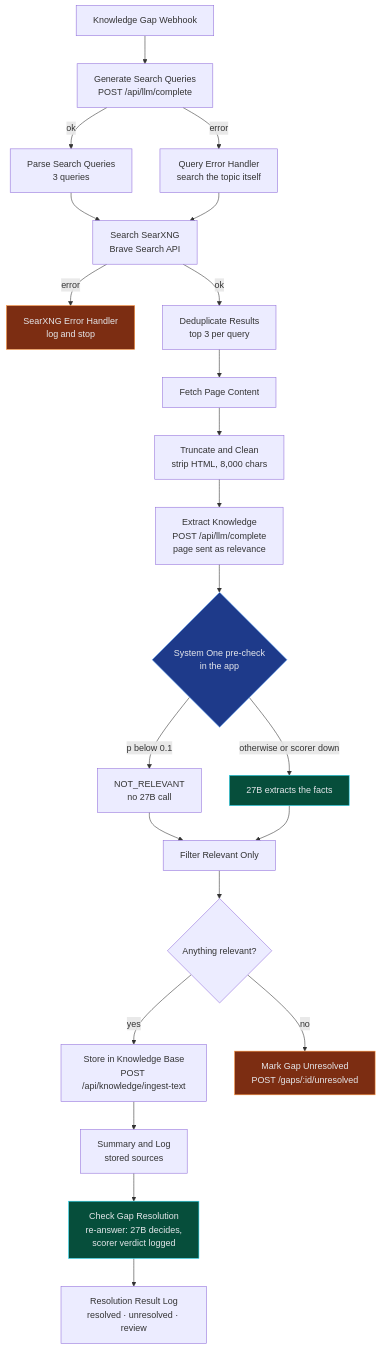
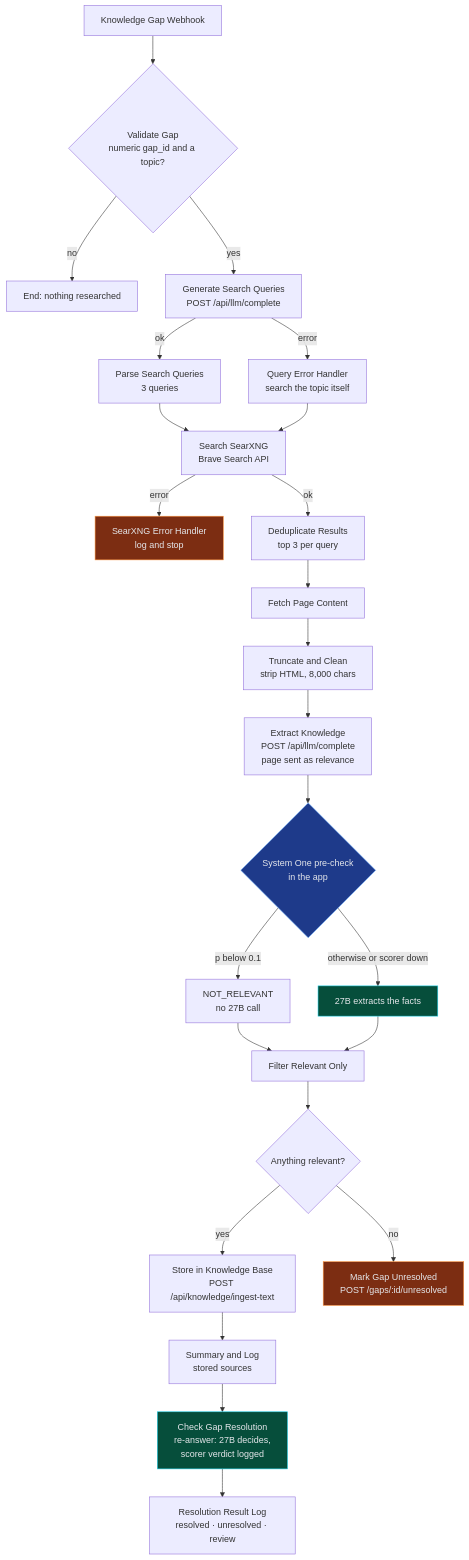
The second of 11 diagrams in README.md (sebdallais-git/PharmaIT_Chat_and_Digest), drawn with Mermaid before and after one commit. The commit also changed other lines of this file and 4 other files, not shown here.

````diff
--- a/README.md
+++ b/README.md
@@ -134,30 +134,32 @@
 ```mermaid
 flowchart TD
-    W["Knowledge Gap Webhook"] --> G["Generate Search Queries<br/>POST /api/llm/complete"]
+    W["Knowledge Gap Webhook"] --> V{"Validate Gap<br/>numeric gap_id and a topic?"}
+    V -- "no" --> VX["End: nothing researched"]
+    V -- "yes" --> G["Generate Search Queries<br/>POST /api/llm/complete"]
     G -- "ok" --> P["Parse Search Queries<br/>3 queries"]
     G -- "error" --> GE["Query Error Handler<br/>search the topic itself"]
     P --> S["Search SearXNG<br/>Brave Search API"]
     GE --> S
     S -- "error" --> SE["SearXNG Error Handler<br/>log and stop"]
     S -- "ok" --> DD["Deduplicate Results<br/>top 3 per query"]
     DD --> F["Fetch Page Content"]
     F --> T["Truncate and Clean<br/>strip HTML, 8,000 chars"]
     T --> X["Extract Knowledge<br/>POST /api/llm/complete<br/>page sent as relevance"]
     X --> PC{"System One pre-check<br/>in the app"}
     PC -- "p below 0.1" --> NR["NOT_RELEVANT<br/>no 27B call"]
     PC -- "otherwise or scorer down" --> EX["27B extracts the facts"]
     NR --> FR["Filter Relevant Only"]
     EX --> FR
     FR --> AR{"Anything relevant?"}
     AR -- "yes" --> ST["Store in Knowledge Base<br/>POST /api/knowledge/ingest-text"]
     AR -- "no" --> MU["Mark Gap Unresolved<br/>POST /gaps/:id/unresolved"]
     ST --> SL["Summary and Log<br/>stored sources"]
     SL --> CR["Check Gap Resolution<br/>re-answer: 27B decides,<br/>scorer verdict logged"]
     CR --> RR["Resolution Result Log<br/>resolved · unresolved · review"]
 
     style PC fill:#1e3a8a,stroke:#60a5fa,color:#e5e7eb
     style EX fill:#064e3b,stroke:#22d3ee,color:#e5e7eb
     style CR fill:#064e3b,stroke:#22d3ee,color:#e5e7eb
     style MU fill:#7c2d12,stroke:#fb923c,color:#e5e7eb
     style SE fill:#7c2d12,stroke:#fb923c,color:#e5e7eb
 ```
````
